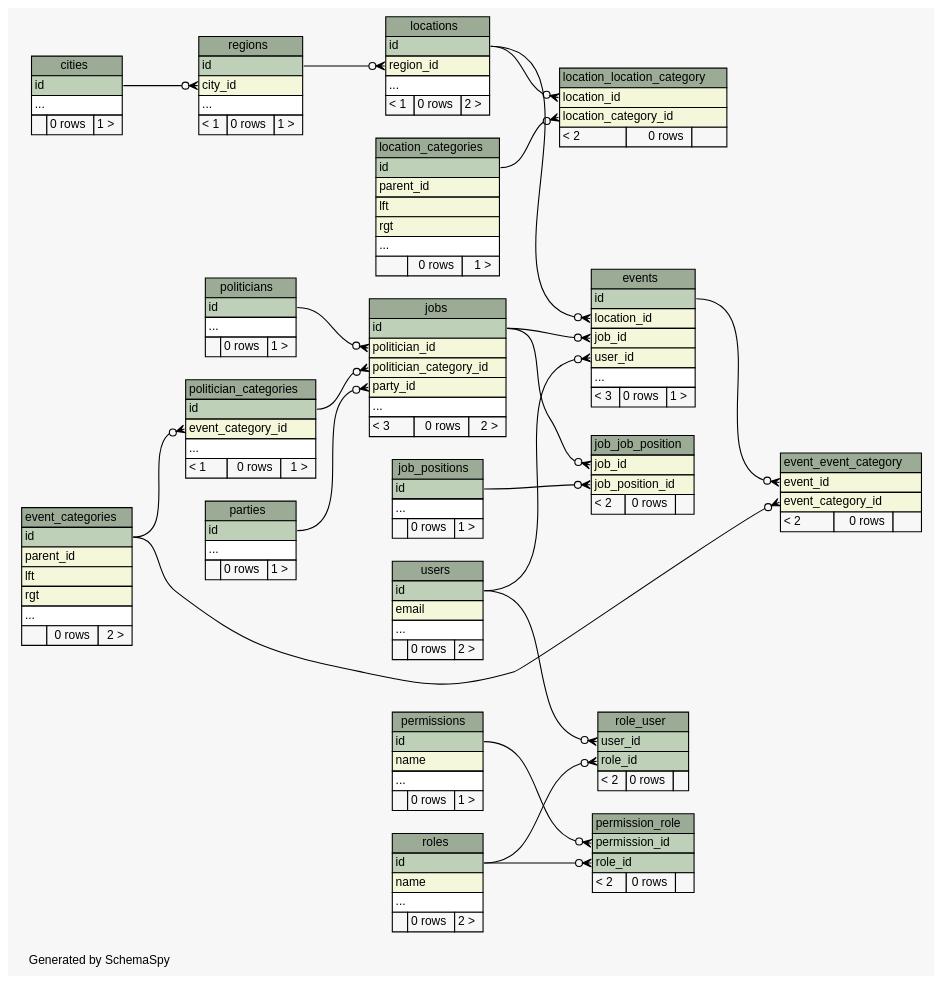
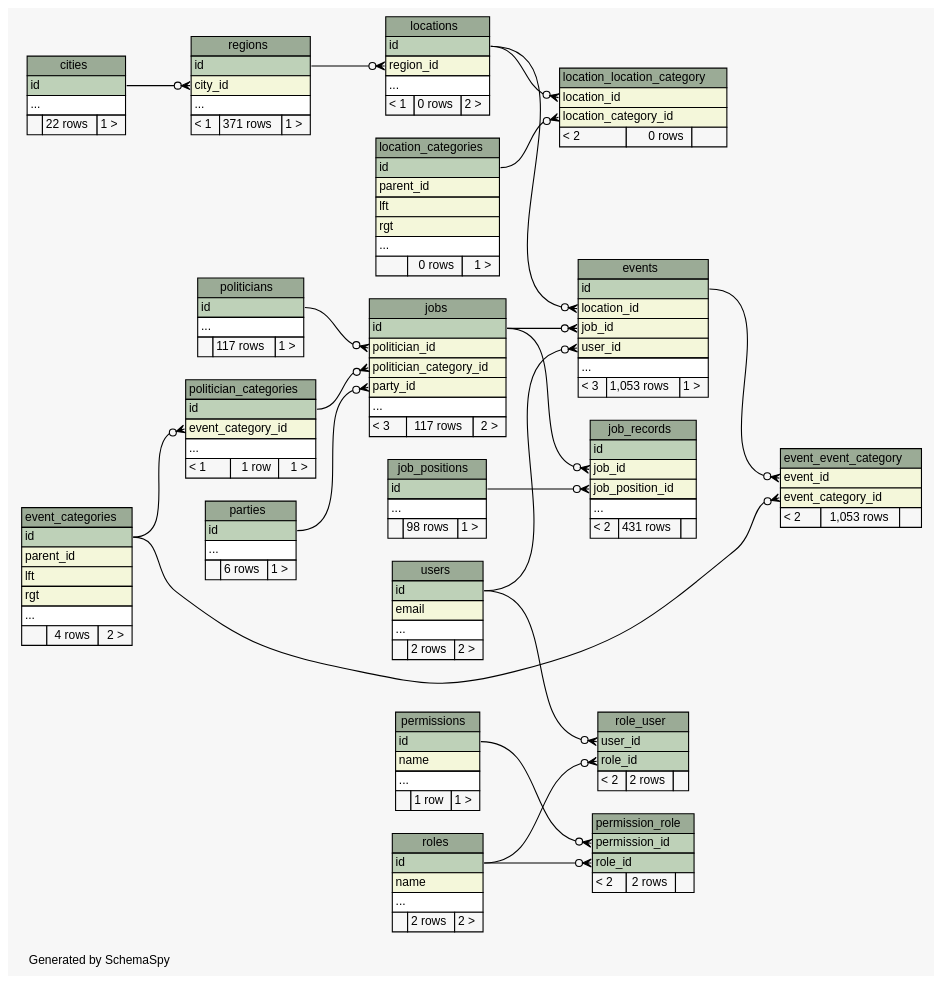
One commit to g0v/poli-radar-api changed the diagram in docs/diagrams/summary/relationships.real.compact.dot. Above: the diagram before and after it, drawn with Graphviz. The commit also changed 105 other files, not shown here.

Commit message:
updated diagram

```diff
--- a/docs/diagrams/summary/relationships.real.compact.dot
+++ b/docs/diagrams/summary/relationships.real.compact.dot
@@ -25,7 +25,7 @@
       <TR><TD COLSPAN="3" BGCOLOR="#9bab96" ALIGN="CENTER">cities</TD></TR>
       <TR><TD PORT="id" COLSPAN="3" BGCOLOR="#bed1b8" ALIGN="LEFT">id</TD></TR>
       <TR><TD PORT="elipses" COLSPAN="3" ALIGN="LEFT">...</TD></TR>
-      <TR><TD ALIGN="LEFT" BGCOLOR="#f7f7f7">  </TD><TD ALIGN="RIGHT" BGCOLOR="#f7f7f7">0 rows</TD><TD ALIGN="RIGHT" BGCOLOR="#f7f7f7">1 &gt;</TD></TR>
+      <TR><TD ALIGN="LEFT" BGCOLOR="#f7f7f7">  </TD><TD ALIGN="RIGHT" BGCOLOR="#f7f7f7">22 rows</TD><TD ALIGN="RIGHT" BGCOLOR="#f7f7f7">1 &gt;</TD></TR>
     </TABLE>>
     URL="tables/cities.html"
     tooltip="cities"
@@ -39,7 +39,7 @@
       <TR><TD PORT="lft" COLSPAN="3" BGCOLOR="#f4f7da" ALIGN="LEFT">lft</TD></TR>
       <TR><TD PORT="rgt" COLSPAN="3" BGCOLOR="#f4f7da" ALIGN="LEFT">rgt</TD></TR>
       <TR><TD PORT="elipses" COLSPAN="3" ALIGN="LEFT">...</TD></TR>
-      <TR><TD ALIGN="LEFT" BGCOLOR="#f7f7f7">  </TD><TD ALIGN="RIGHT" BGCOLOR="#f7f7f7">0 rows</TD><TD ALIGN="RIGHT" BGCOLOR="#f7f7f7">2 &gt;</TD></TR>
+      <TR><TD ALIGN="LEFT" BGCOLOR="#f7f7f7">  </TD><TD ALIGN="RIGHT" BGCOLOR="#f7f7f7">4 rows</TD><TD ALIGN="RIGHT" BGCOLOR="#f7f7f7">2 &gt;</TD></TR>
     </TABLE>>
     URL="tables/event_categories.html"
     tooltip="event_categories"
@@ -50,7 +50,7 @@
       <TR><TD COLSPAN="3" BGCOLOR="#9bab96" ALIGN="CENTER">event_event_category</TD></TR>
       <TR><TD PORT="event_id" COLSPAN="3" BGCOLOR="#f4f7da" ALIGN="LEFT">event_id</TD></TR>
       <TR><TD PORT="event_category_id" COLSPAN="3" BGCOLOR="#f4f7da" ALIGN="LEFT">event_category_id</TD></TR>
-      <TR><TD ALIGN="LEFT" BGCOLOR="#f7f7f7">&lt; 2</TD><TD ALIGN="RIGHT" BGCOLOR="#f7f7f7">0 rows</TD><TD ALIGN="RIGHT" BGCOLOR="#f7f7f7">  </TD></TR>
+      <TR><TD ALIGN="LEFT" BGCOLOR="#f7f7f7">&lt; 2</TD><TD ALIGN="RIGHT" BGCOLOR="#f7f7f7">1,053 rows</TD><TD ALIGN="RIGHT" BGCOLOR="#f7f7f7">  </TD></TR>
     </TABLE>>
     URL="tables/event_event_category.html"
     tooltip="event_event_category"
@@ -64,21 +64,10 @@
       <TR><TD PORT="job_id" COLSPAN="3" BGCOLOR="#f4f7da" ALIGN="LEFT">job_id</TD></TR>
       <TR><TD PORT="user_id" COLSPAN="3" BGCOLOR="#f4f7da" ALIGN="LEFT">user_id</TD></TR>
       <TR><TD PORT="elipses" COLSPAN="3" ALIGN="LEFT">...</TD></TR>
-      <TR><TD ALIGN="LEFT" BGCOLOR="#f7f7f7">&lt; 3</TD><TD ALIGN="RIGHT" BGCOLOR="#f7f7f7">0 rows</TD><TD ALIGN="RIGHT" BGCOLOR="#f7f7f7">1 &gt;</TD></TR>
+      <TR><TD ALIGN="LEFT" BGCOLOR="#f7f7f7">&lt; 3</TD><TD ALIGN="RIGHT" BGCOLOR="#f7f7f7">1,053 rows</TD><TD ALIGN="RIGHT" BGCOLOR="#f7f7f7">1 &gt;</TD></TR>
     </TABLE>>
     URL="tables/events.html"
     tooltip="events"
-  ];
-  "job_job_position" [
-    label=<
-    <TABLE BORDER="0" CELLBORDER="1" CELLSPACING="0" BGCOLOR="#ffffff">
-      <TR><TD COLSPAN="3" BGCOLOR="#9bab96" ALIGN="CENTER">job_job_position</TD></TR>
-      <TR><TD PORT="job_id" COLSPAN="3" BGCOLOR="#f4f7da" ALIGN="LEFT">job_id</TD></TR>
-      <TR><TD PORT="job_position_id" COLSPAN="3" BGCOLOR="#f4f7da" ALIGN="LEFT">job_position_id</TD></TR>
-      <TR><TD ALIGN="LEFT" BGCOLOR="#f7f7f7">&lt; 2</TD><TD ALIGN="RIGHT" BGCOLOR="#f7f7f7">0 rows</TD><TD ALIGN="RIGHT" BGCOLOR="#f7f7f7">  </TD></TR>
-    </TABLE>>
-    URL="tables/job_job_position.html"
-    tooltip="job_job_position"
   ];
   "job_positions" [
     label=<
@@ -86,10 +75,23 @@
       <TR><TD COLSPAN="3" BGCOLOR="#9bab96" ALIGN="CENTER">job_positions</TD></TR>
       <TR><TD PORT="id" COLSPAN="3" BGCOLOR="#bed1b8" ALIGN="LEFT">id</TD></TR>
       <TR><TD PORT="elipses" COLSPAN="3" ALIGN="LEFT">...</TD></TR>
-      <TR><TD ALIGN="LEFT" BGCOLOR="#f7f7f7">  </TD><TD ALIGN="RIGHT" BGCOLOR="#f7f7f7">0 rows</TD><TD ALIGN="RIGHT" BGCOLOR="#f7f7f7">1 &gt;</TD></TR>
+      <TR><TD ALIGN="LEFT" BGCOLOR="#f7f7f7">  </TD><TD ALIGN="RIGHT" BGCOLOR="#f7f7f7">98 rows</TD><TD ALIGN="RIGHT" BGCOLOR="#f7f7f7">1 &gt;</TD></TR>
     </TABLE>>
     URL="tables/job_positions.html"
     tooltip="job_positions"
+  ];
+  "job_records" [
+    label=<
+    <TABLE BORDER="0" CELLBORDER="1" CELLSPACING="0" BGCOLOR="#ffffff">
+      <TR><TD COLSPAN="3" BGCOLOR="#9bab96" ALIGN="CENTER">job_records</TD></TR>
+      <TR><TD PORT="id" COLSPAN="3" BGCOLOR="#bed1b8" ALIGN="LEFT">id</TD></TR>
+      <TR><TD PORT="job_id" COLSPAN="3" BGCOLOR="#f4f7da" ALIGN="LEFT">job_id</TD></TR>
+      <TR><TD PORT="job_position_id" COLSPAN="3" BGCOLOR="#f4f7da" ALIGN="LEFT">job_position_id</TD></TR>
+      <TR><TD PORT="elipses" COLSPAN="3" ALIGN="LEFT">...</TD></TR>
+      <TR><TD ALIGN="LEFT" BGCOLOR="#f7f7f7">&lt; 2</TD><TD ALIGN="RIGHT" BGCOLOR="#f7f7f7">431 rows</TD><TD ALIGN="RIGHT" BGCOLOR="#f7f7f7">  </TD></TR>
+    </TABLE>>
+    URL="tables/job_records.html"
+    tooltip="job_records"
   ];
   "jobs" [
     label=<
@@ -100,7 +102,7 @@
       <TR><TD PORT="politician_category_id" COLSPAN="3" BGCOLOR="#f4f7da" ALIGN="LEFT">politician_category_id</TD></TR>
       <TR><TD PORT="party_id" COLSPAN="3" BGCOLOR="#f4f7da" ALIGN="LEFT">party_id</TD></TR>
       <TR><TD PORT="elipses" COLSPAN="3" ALIGN="LEFT">...</TD></TR>
-      <TR><TD ALIGN="LEFT" BGCOLOR="#f7f7f7">&lt; 3</TD><TD ALIGN="RIGHT" BGCOLOR="#f7f7f7">0 rows</TD><TD ALIGN="RIGHT" BGCOLOR="#f7f7f7">2 &gt;</TD></TR>
+      <TR><TD ALIGN="LEFT" BGCOLOR="#f7f7f7">&lt; 3</TD><TD ALIGN="RIGHT" BGCOLOR="#f7f7f7">117 rows</TD><TD ALIGN="RIGHT" BGCOLOR="#f7f7f7">2 &gt;</TD></TR>
     </TABLE>>
     URL="tables/jobs.html"
     tooltip="jobs"
@@ -148,7 +150,7 @@
       <TR><TD COLSPAN="3" BGCOLOR="#9bab96" ALIGN="CENTER">parties</TD></TR>
       <TR><TD PORT="id" COLSPAN="3" BGCOLOR="#bed1b8" ALIGN="LEFT">id</TD></TR>
       <TR><TD PORT="elipses" COLSPAN="3" ALIGN="LEFT">...</TD></TR>
-      <TR><TD ALIGN="LEFT" BGCOLOR="#f7f7f7">  </TD><TD ALIGN="RIGHT" BGCOLOR="#f7f7f7">0 rows</TD><TD ALIGN="RIGHT" BGCOLOR="#f7f7f7">1 &gt;</TD></TR>
+      <TR><TD ALIGN="LEFT" BGCOLOR="#f7f7f7">  </TD><TD ALIGN="RIGHT" BGCOLOR="#f7f7f7">6 rows</TD><TD ALIGN="RIGHT" BGCOLOR="#f7f7f7">1 &gt;</TD></TR>
     </TABLE>>
     URL="tables/parties.html"
     tooltip="parties"
@@ -159,7 +161,7 @@
       <TR><TD COLSPAN="3" BGCOLOR="#9bab96" ALIGN="CENTER">permission_role</TD></TR>
       <TR><TD PORT="permission_id" COLSPAN="3" BGCOLOR="#bed1b8" ALIGN="LEFT">permission_id</TD></TR>
       <TR><TD PORT="role_id" COLSPAN="3" BGCOLOR="#bed1b8" ALIGN="LEFT">role_id</TD></TR>
-      <TR><TD ALIGN="LEFT" BGCOLOR="#f7f7f7">&lt; 2</TD><TD ALIGN="RIGHT" BGCOLOR="#f7f7f7">0 rows</TD><TD ALIGN="RIGHT" BGCOLOR="#f7f7f7">  </TD></TR>
+      <TR><TD ALIGN="LEFT" BGCOLOR="#f7f7f7">&lt; 2</TD><TD ALIGN="RIGHT" BGCOLOR="#f7f7f7">2 rows</TD><TD ALIGN="RIGHT" BGCOLOR="#f7f7f7">  </TD></TR>
     </TABLE>>
     URL="tables/permission_role.html"
     tooltip="permission_role"
@@ -171,7 +173,7 @@
       <TR><TD PORT="id" COLSPAN="3" BGCOLOR="#bed1b8" ALIGN="LEFT">id</TD></TR>
       <TR><TD PORT="name" COLSPAN="3" BGCOLOR="#f4f7da" ALIGN="LEFT">name</TD></TR>
       <TR><TD PORT="elipses" COLSPAN="3" ALIGN="LEFT">...</TD></TR>
-      <TR><TD ALIGN="LEFT" BGCOLOR="#f7f7f7">  </TD><TD ALIGN="RIGHT" BGCOLOR="#f7f7f7">0 rows</TD><TD ALIGN="RIGHT" BGCOLOR="#f7f7f7">1 &gt;</TD></TR>
+      <TR><TD ALIGN="LEFT" BGCOLOR="#f7f7f7">  </TD><TD ALIGN="RIGHT" BGCOLOR="#f7f7f7">1 row</TD><TD ALIGN="RIGHT" BGCOLOR="#f7f7f7">1 &gt;</TD></TR>
     </TABLE>>
     URL="tables/permissions.html"
     tooltip="permissions"
@@ -183,7 +185,7 @@
       <TR><TD PORT="id" COLSPAN="3" BGCOLOR="#bed1b8" ALIGN="LEFT">id</TD></TR>
       <TR><TD PORT="event_category_id" COLSPAN="3" BGCOLOR="#f4f7da" ALIGN="LEFT">event_category_id</TD></TR>
       <TR><TD PORT="elipses" COLSPAN="3" ALIGN="LEFT">...</TD></TR>
-      <TR><TD ALIGN="LEFT" BGCOLOR="#f7f7f7">&lt; 1</TD><TD ALIGN="RIGHT" BGCOLOR="#f7f7f7">0 rows</TD><TD ALIGN="RIGHT" BGCOLOR="#f7f7f7">1 &gt;</TD></TR>
+      <TR><TD ALIGN="LEFT" BGCOLOR="#f7f7f7">&lt; 1</TD><TD ALIGN="RIGHT" BGCOLOR="#f7f7f7">1 row</TD><TD ALIGN="RIGHT" BGCOLOR="#f7f7f7">1 &gt;</TD></TR>
     </TABLE>>
     URL="tables/politician_categories.html"
     tooltip="politician_categories"
@@ -194,7 +196,7 @@
       <TR><TD COLSPAN="3" BGCOLOR="#9bab96" ALIGN="CENTER">politicians</TD></TR>
       <TR><TD PORT="id" COLSPAN="3" BGCOLOR="#bed1b8" ALIGN="LEFT">id</TD></TR>
       <TR><TD PORT="elipses" COLSPAN="3" ALIGN="LEFT">...</TD></TR>
-      <TR><TD ALIGN="LEFT" BGCOLOR="#f7f7f7">  </TD><TD ALIGN="RIGHT" BGCOLOR="#f7f7f7">0 rows</TD><TD ALIGN="RIGHT" BGCOLOR="#f7f7f7">1 &gt;</TD></TR>
+      <TR><TD ALIGN="LEFT" BGCOLOR="#f7f7f7">  </TD><TD ALIGN="RIGHT" BGCOLOR="#f7f7f7">117 rows</TD><TD ALIGN="RIGHT" BGCOLOR="#f7f7f7">1 &gt;</TD></TR>
     </TABLE>>
     URL="tables/politicians.html"
     tooltip="politicians"
@@ -206,7 +208,7 @@
       <TR><TD PORT="id" COLSPAN="3" BGCOLOR="#bed1b8" ALIGN="LEFT">id</TD></TR>
       <TR><TD PORT="city_id" COLSPAN="3" BGCOLOR="#f4f7da" ALIGN="LEFT">city_id</TD></TR>
       <TR><TD PORT="elipses" COLSPAN="3" ALIGN="LEFT">...</TD></TR>
-      <TR><TD ALIGN="LEFT" BGCOLOR="#f7f7f7">&lt; 1</TD><TD ALIGN="RIGHT" BGCOLOR="#f7f7f7">0 rows</TD><TD ALIGN="RIGHT" BGCOLOR="#f7f7f7">1 &gt;</TD></TR>
+      <TR><TD ALIGN="LEFT" BGCOLOR="#f7f7f7">&lt; 1</TD><TD ALIGN="RIGHT" BGCOLOR="#f7f7f7">371 rows</TD><TD ALIGN="RIGHT" BGCOLOR="#f7f7f7">1 &gt;</TD></TR>
     </TABLE>>
     URL="tables/regions.html"
     tooltip="regions"
@@ -217,7 +219,7 @@
       <TR><TD COLSPAN="3" BGCOLOR="#9bab96" ALIGN="CENTER">role_user</TD></TR>
       <TR><TD PORT="user_id" COLSPAN="3" BGCOLOR="#bed1b8" ALIGN="LEFT">user_id</TD></TR>
       <TR><TD PORT="role_id" COLSPAN="3" BGCOLOR="#bed1b8" ALIGN="LEFT">role_id</TD></TR>
-      <TR><TD ALIGN="LEFT" BGCOLOR="#f7f7f7">&lt; 2</TD><TD ALIGN="RIGHT" BGCOLOR="#f7f7f7">0 rows</TD><TD ALIGN="RIGHT" BGCOLOR="#f7f7f7">  </TD></TR>
+      <TR><TD ALIGN="LEFT" BGCOLOR="#f7f7f7">&lt; 2</TD><TD ALIGN="RIGHT" BGCOLOR="#f7f7f7">2 rows</TD><TD ALIGN="RIGHT" BGCOLOR="#f7f7f7">  </TD></TR>
     </TABLE>>
     URL="tables/role_user.html"
     tooltip="role_user"
@@ -229,7 +231,7 @@
       <TR><TD PORT="id" COLSPAN="3" BGCOLOR="#bed1b8" ALIGN="LEFT">id</TD></TR>
       <TR><TD PORT="name" COLSPAN="3" BGCOLOR="#f4f7da" ALIGN="LEFT">name</TD></TR>
       <TR><TD PORT="elipses" COLSPAN="3" ALIGN="LEFT">...</TD></TR>
-      <TR><TD ALIGN="LEFT" BGCOLOR="#f7f7f7">  </TD><TD ALIGN="RIGHT" BGCOLOR="#f7f7f7">0 rows</TD><TD ALIGN="RIGHT" BGCOLOR="#f7f7f7">2 &gt;</TD></TR>
+      <TR><TD ALIGN="LEFT" BGCOLOR="#f7f7f7">  </TD><TD ALIGN="RIGHT" BGCOLOR="#f7f7f7">2 rows</TD><TD ALIGN="RIGHT" BGCOLOR="#f7f7f7">2 &gt;</TD></TR>
     </TABLE>>
     URL="tables/roles.html"
     tooltip="roles"
@@ -241,7 +243,7 @@
       <TR><TD PORT="id" COLSPAN="3" BGCOLOR="#bed1b8" ALIGN="LEFT">id</TD></TR>
       <TR><TD PORT="email" COLSPAN="3" BGCOLOR="#f4f7da" ALIGN="LEFT">email</TD></TR>
       <TR><TD PORT="elipses" COLSPAN="3" ALIGN="LEFT">...</TD></TR>
-      <TR><TD ALIGN="LEFT" BGCOLOR="#f7f7f7">  </TD><TD ALIGN="RIGHT" BGCOLOR="#f7f7f7">0 rows</TD><TD ALIGN="RIGHT" BGCOLOR="#f7f7f7">2 &gt;</TD></TR>
+      <TR><TD ALIGN="LEFT" BGCOLOR="#f7f7f7">  </TD><TD ALIGN="RIGHT" BGCOLOR="#f7f7f7">2 rows</TD><TD ALIGN="RIGHT" BGCOLOR="#f7f7f7">2 &gt;</TD></TR>
     </TABLE>>
     URL="tables/users.html"
     tooltip="users"
@@ -251,8 +253,8 @@
   "events":"job_id":w -> "jobs":"id":e [arrowhead=none dir=back arrowtail=crowodot];
   "events":"location_id":w -> "locations":"id":e [arrowhead=none dir=back arrowtail=crowodot];
   "events":"user_id":w -> "users":"id":e [arrowhead=none dir=back arrowtail=crowodot];
-  "job_job_position":"job_id":w -> "jobs":"id":e [arrowhead=none dir=back arrowtail=crowodot];
-  "job_job_position":"job_position_id":w -> "job_positions":"id":e [arrowhead=none dir=back arrowtail=crowodot];
+  "job_records":"job_id":w -> "jobs":"id":e [arrowhead=none dir=back arrowtail=crowodot];
+  "job_records":"job_position_id":w -> "job_positions":"id":e [arrowhead=none dir=back arrowtail=crowodot];
   "jobs":"party_id":w -> "parties":"id":e [arrowhead=none dir=back arrowtail=crowodot];
   "jobs":"politician_category_id":w -> "politician_categories":"id":e [arrowhead=none dir=back arrowtail=crowodot];
   "jobs":"politician_id":w -> "politicians":"id":e [arrowhead=none dir=back arrowtail=crowodot];
```
